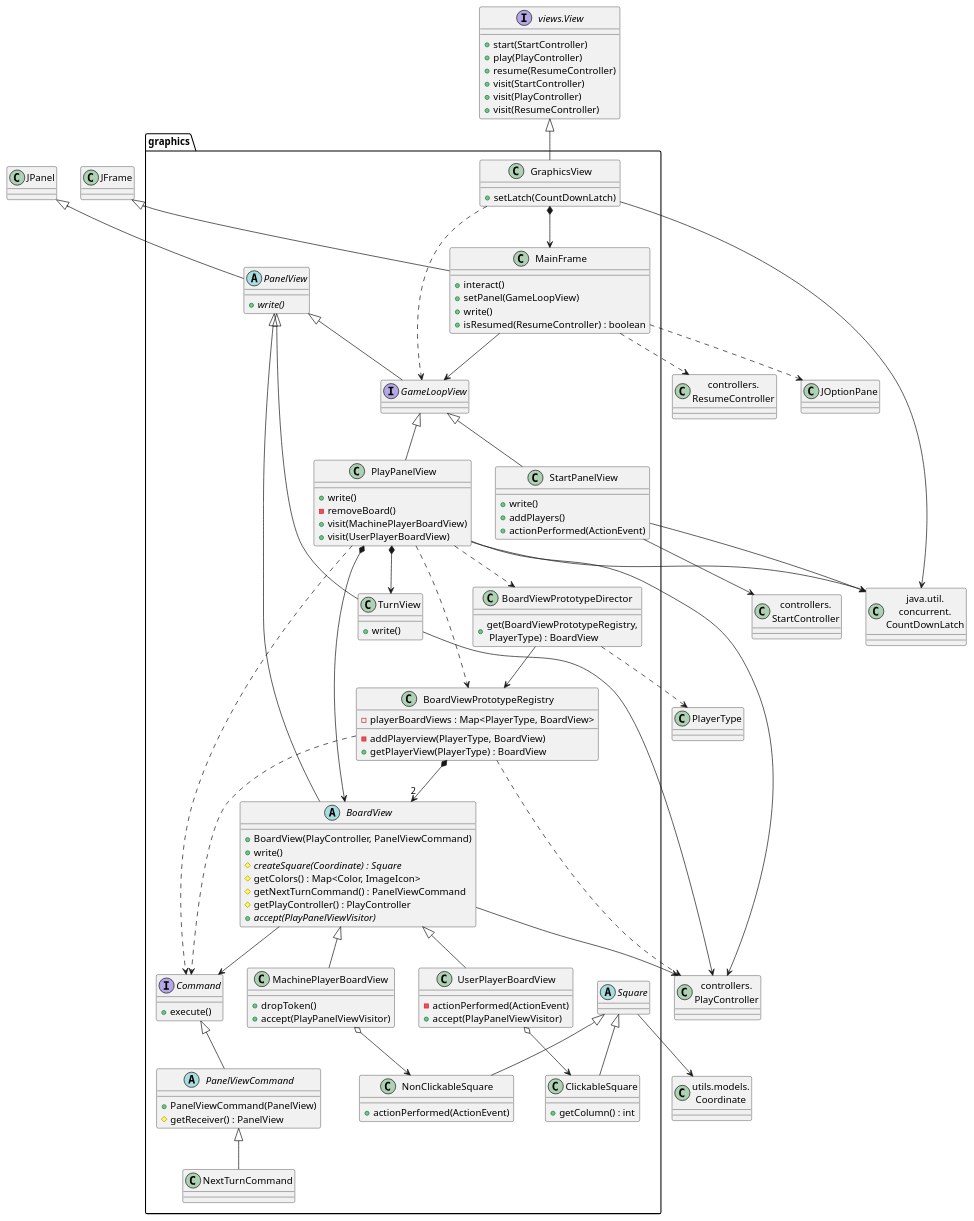
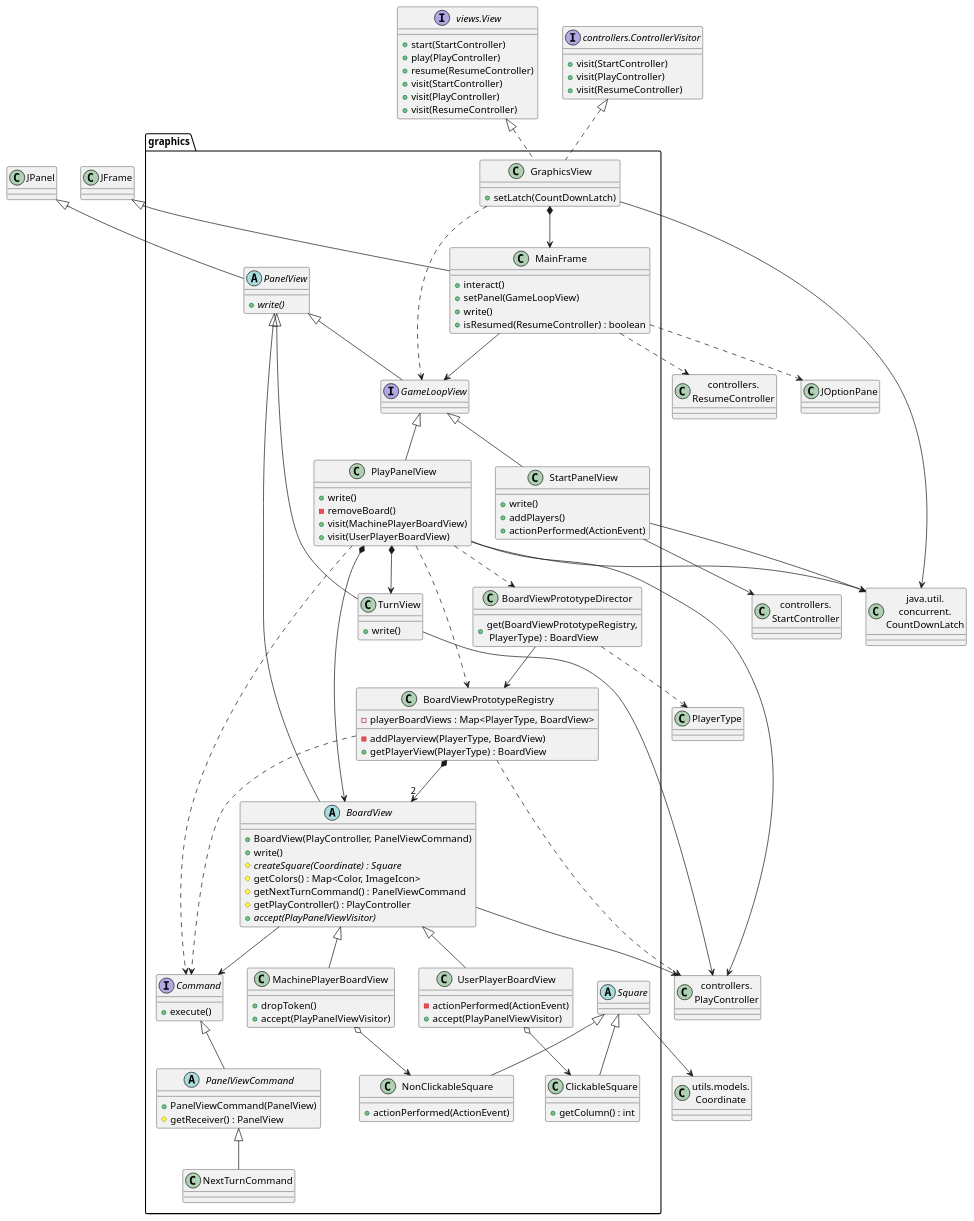
The diagram in connect4/Docs/diagrams/src/packages/connect4.connect4.views.graphics.plantuml (js-rom/connect4), drawn with PlantUML before and after one commit. The commit also changed 2 other files, not shown here.

```diff
--- a/connect4/Docs/diagrams/src/packages/connect4.connect4.views.graphics.plantuml
+++ b/connect4/Docs/diagrams/src/packages/connect4.connect4.views.graphics.plantuml
@@ -1,144 +1,151 @@
 @startuml connect4.connect4.views.graphics
 class graphics.GraphicsView {
     +setLatch(CountDownLatch)
 }
 
 class CountDownLatch as "java.util.\nconcurrent.\nCountDownLatch"
 class graphics.MainFrame{
      +interact()
     +setPanel(GameLoopView)
     +write()
     +isResumed(ResumeController) : boolean
 }
 abstract class graphics.PanelView {
     + {abstract} write()
 }
 interface graphics.GameLoopView
 class graphics.StartPanelView {
     +write()
     +addPlayers()
     +actionPerformed(ActionEvent)
 }
 
 class graphics.PlayPanelView{
     +write()
     -removeBoard()
     +visit(MachinePlayerBoardView)
     +visit(UserPlayerBoardView)
 }
 abstract class graphics.BoardView {
     + BoardView(PlayController, PanelViewCommand)
     + write()
     #  {abstract}  createSquare(Coordinate) : Square
     # getColors() : Map<Color, ImageIcon>
     # getNextTurnCommand() : PanelViewCommand
     # getPlayController() : PlayController
     +  {abstract}  accept(PlayPanelViewVisitor)
 }
 class graphics.BoardViewPrototypeDirector{
     +get(BoardViewPrototypeRegistry,\n PlayerType) : BoardView
 }
 class graphics.BoardViewPrototypeRegistry{
     -playerBoardViews : Map<PlayerType, BoardView> 
     -addPlayerview(PlayerType, BoardView)
     +getPlayerView(PlayerType) : BoardView
 }
 interface graphics.Command {
     +execute()
 }
 abstract class graphics.PanelViewCommand {
     +PanelViewCommand(PanelView)
     #getReceiver() : PanelView
 }
 class graphics.MachinePlayerBoardView {
     +dropToken()
     +accept(PlayPanelViewVisitor)
 }
 class graphics.UserPlayerBoardView{
     -actionPerformed(ActionEvent)
     +accept(PlayPanelViewVisitor)
 }
 
 class graphics.NextTurnCommand
 abstract class graphics.Square
 class graphics.ClickableSquare {
     + getColumn() : int
 }
 class graphics.NonClickableSquare {
     + actionPerformed(ActionEvent)
 }
 class graphics.TurnView{
     +write()
 }
 abstract class graphics.PanelView
 class StartController as "controllers.\nStartController"
 class PlayController as "controllers.\nPlayController"
 class ResumeController as "controllers.\nResumeController"
 class Coordinate as "utils.models.\nCoordinate"
 interface View as "views.View"{
     +start(StartController)
     +play(PlayController)
     +resume(ResumeController)
     +visit(StartController)
     +visit(PlayController)
     +visit(ResumeController)
 }
 
+interface ControllerVisitor as "controllers.ControllerVisitor" {
+    +visit(StartController)
+    +visit(PlayController)
+    +visit(ResumeController)
+}
+
 
 GraphicsView --> CountDownLatch
 class JFrame
 JFrame <|-- MainFrame
 GraphicsView *--> MainFrame
 
 
 StartPanelView --> StartController
 StartPanelView --> CountDownLatch
 PlayPanelView --> PlayController
 PlayPanelView --> CountDownLatch
 BoardView --> PlayController
 TurnView --> PlayController
 MainFrame ..> ResumeController
 
 
-View <|-- GraphicsView
+View <|.. GraphicsView
+ControllerVisitor <|.. GraphicsView
 
 class JOptionPane
 MainFrame ..> JOptionPane
 
 JPanel <|-- PanelView
 PanelView <|-- GameLoopView
 GameLoopView <|-- StartPanelView
 GameLoopView <|-- PlayPanelView
 PanelView <|-- BoardView
 PanelView <|-- TurnView
 
 GraphicsView ..> GameLoopView
 MainFrame --> GameLoopView
 
 PlayPanelView *--> BoardView
 PlayPanelView *--> TurnView
 PlayPanelView ..> BoardViewPrototypeRegistry
 PlayPanelView ..> BoardViewPrototypeDirector
 BoardViewPrototypeDirector --> BoardViewPrototypeRegistry
 BoardViewPrototypeDirector ..> PlayerType
 BoardViewPrototypeRegistry ..> PlayController
 BoardViewPrototypeRegistry ..> Command
 BoardViewPrototypeRegistry *--> "2"BoardView
 
 
 PlayPanelView ..> Command
 
 Command <|-- PanelViewCommand
 PanelViewCommand <|-- NextTurnCommand
 
 
 BoardView <|-- MachinePlayerBoardView
 BoardView <|-- UserPlayerBoardView
 MachinePlayerBoardView o--> NonClickableSquare
 UserPlayerBoardView o--> ClickableSquare
 Square <|-- ClickableSquare
 Square <|-- NonClickableSquare
 BoardView --> Command
 
 Square --> Coordinate
 @enduml
```
